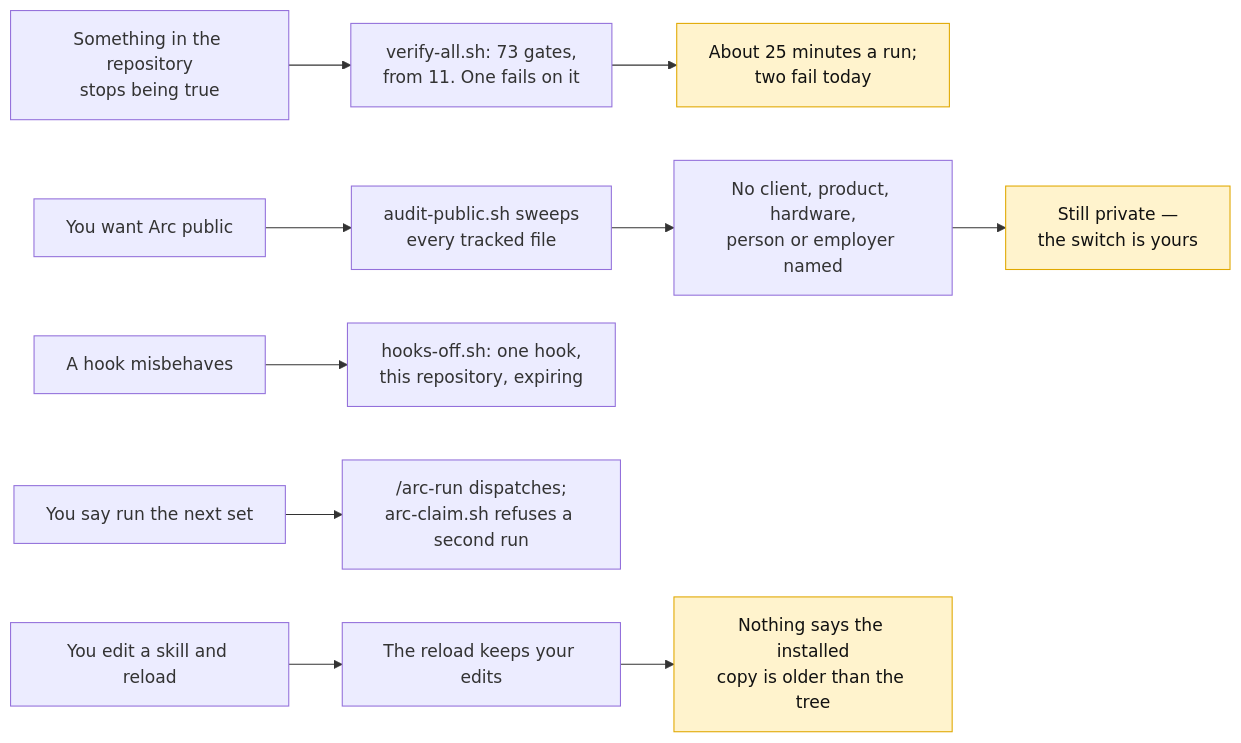
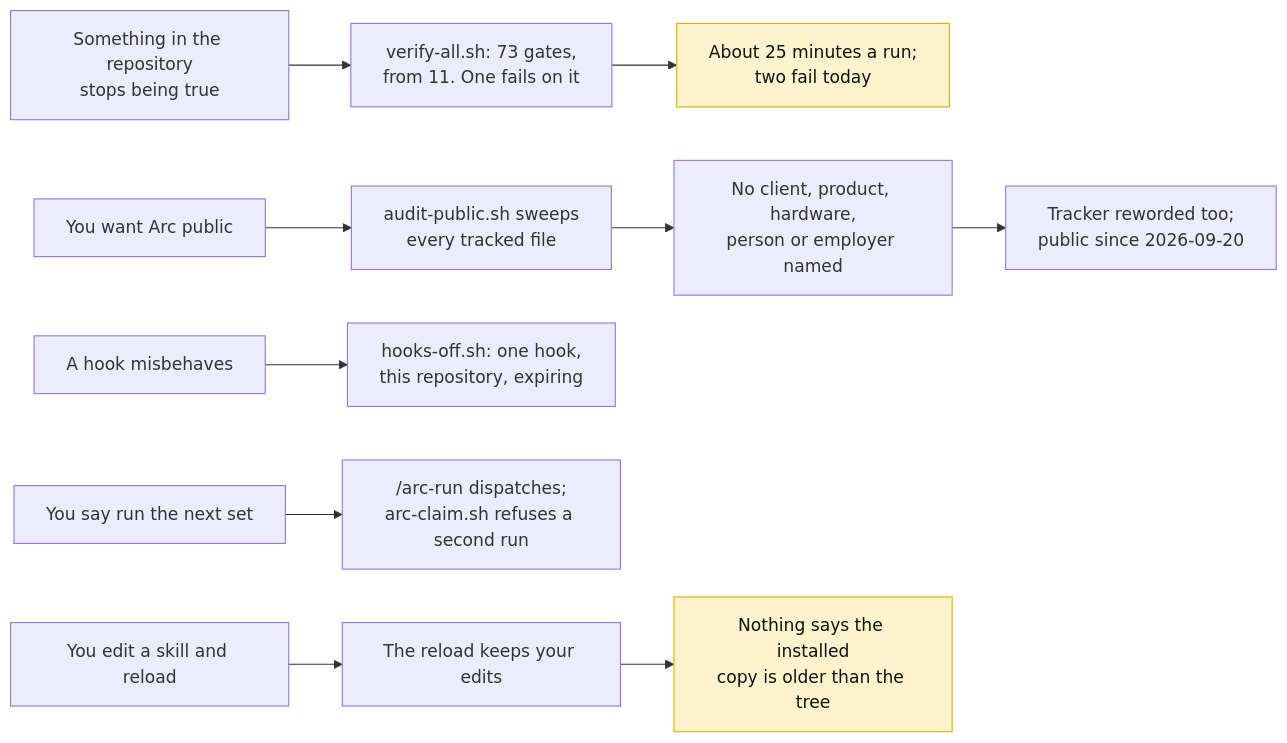
The eighth of 8 diagrams in docs/arc-log/arc-04-dogfood.md (Calyx-Engineering/arc), drawn with Mermaid before and after one commit. The commit also changed other lines of this file and 2 other files, not shown here.

First line of the commit message:
docs: the repository goes public; the tracker was swept first

````diff
--- a/docs/arc-log/arc-04-dogfood.md
+++ b/docs/arc-log/arc-04-dogfood.md
@@ -778,13 +779,13 @@
 ```mermaid
 flowchart LR
     T["Something in the repository<br/>stops being true"] --> G["verify-all.sh: 73 gates,<br/>from 11. One fails on it"]
     G --> S["About 25 minutes a run;<br/>two fail today"]:::blocked
     P["You want Arc public"] --> AU["audit-public.sh sweeps<br/>every tracked file"]
     AU --> CL["No client, product, hardware,<br/>person or employer named"]
-    CL --> PV["Still private —<br/>the switch is yours"]:::blocked
+    CL --> PV["Tracker reworded too;<br/>public since 2026-09-20"]
     H["A hook misbehaves"] --> OFF["hooks-off.sh: one hook,<br/>this repository, expiring"]
     R["You say run the next set"] --> RUN["/arc-run dispatches;<br/>arc-claim.sh refuses a second run"]
     ED["You edit a skill and reload"] --> KEEP["The reload keeps your edits"]
     KEEP --> STALE["Nothing says the installed<br/>copy is older than the tree"]:::blocked
     classDef blocked fill:#fff3cd,stroke:#e0a800,color:#111
 ```
````
